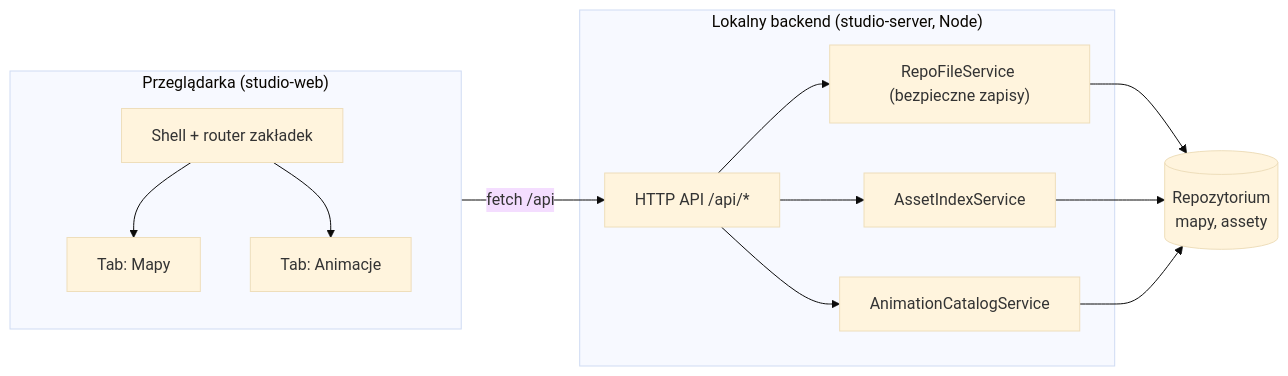
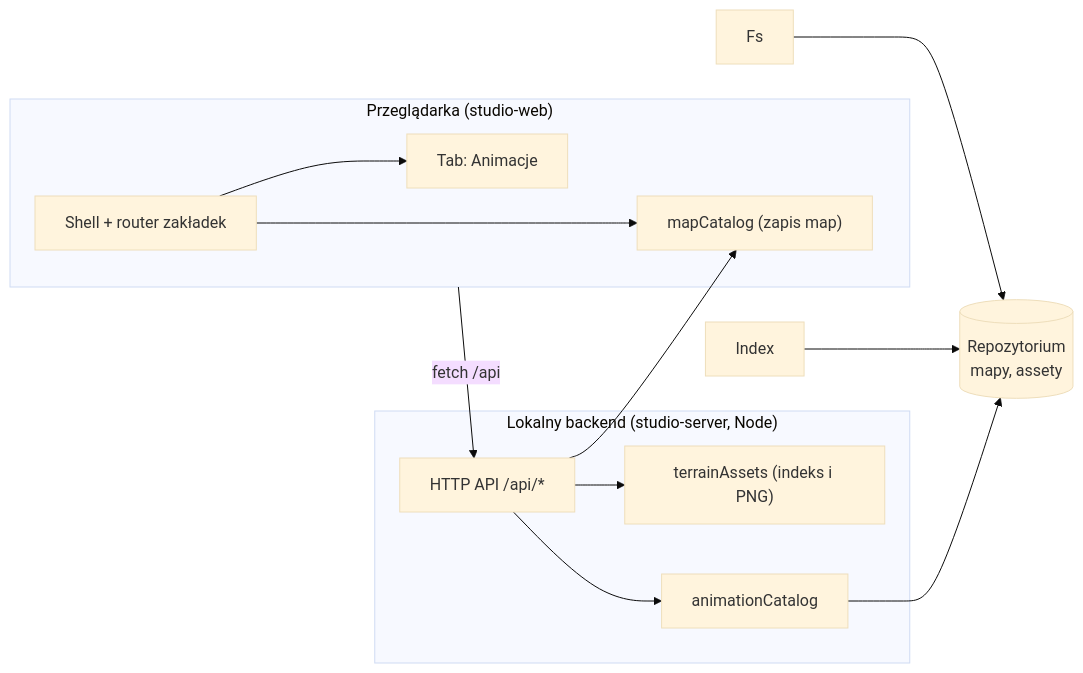
One commit to kokocinskimichal/urkaaz-catapult-chaos changed the diagram in docs/architecture/studio-architecture.md. Above: the diagram before and after it, drawn with Mermaid (base theme). The commit also changed other lines of this file and 44 other files, not shown here.

Commit message:
Integrate map editor into Studio Maps tab

````diff
--- a/docs/architecture/studio-architecture.md
+++ b/docs/architecture/studio-architecture.md
@@ -40,20 +39,20 @@
 ```mermaid
 flowchart LR
   subgraph Browser["Przeglądarka (studio-web)"]
     Shell["Shell + router zakładek"]
     Maps["Tab: Mapy"]
     Viz["Tab: Animacje"]
     Shell --> Maps & Viz
   end
   subgraph Local["Lokalny backend (studio-server, Node)"]
     Api["HTTP API /api/*"]
-    Fs["RepoFileService (bezpieczne zapisy)"]
-    Index["AssetIndexService"]
-    Anim["AnimationCatalogService"]
-    Api --> Fs & Index & Anim
+    Maps["mapCatalog (zapis map)"]
+    Assets["terrainAssets (indeks i PNG)"]
+    Anim["animationCatalog"]
+    Api --> Maps & Assets & Anim
   end
   Browser -- "fetch /api" --> Api
   Fs --> Repo[("Repozytorium\nmapy, assety")]
   Index --> Repo
   Anim --> Repo
 ```
````
